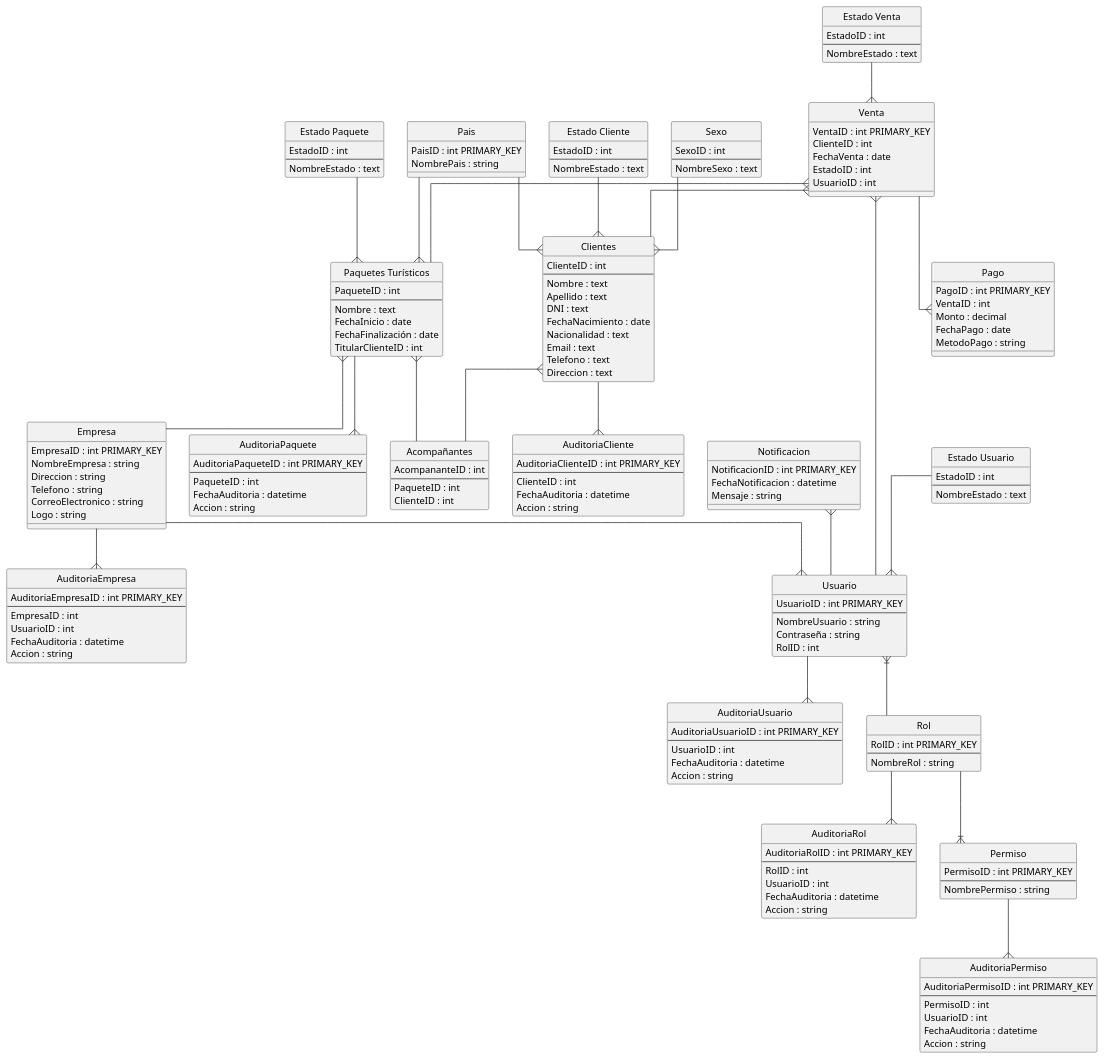
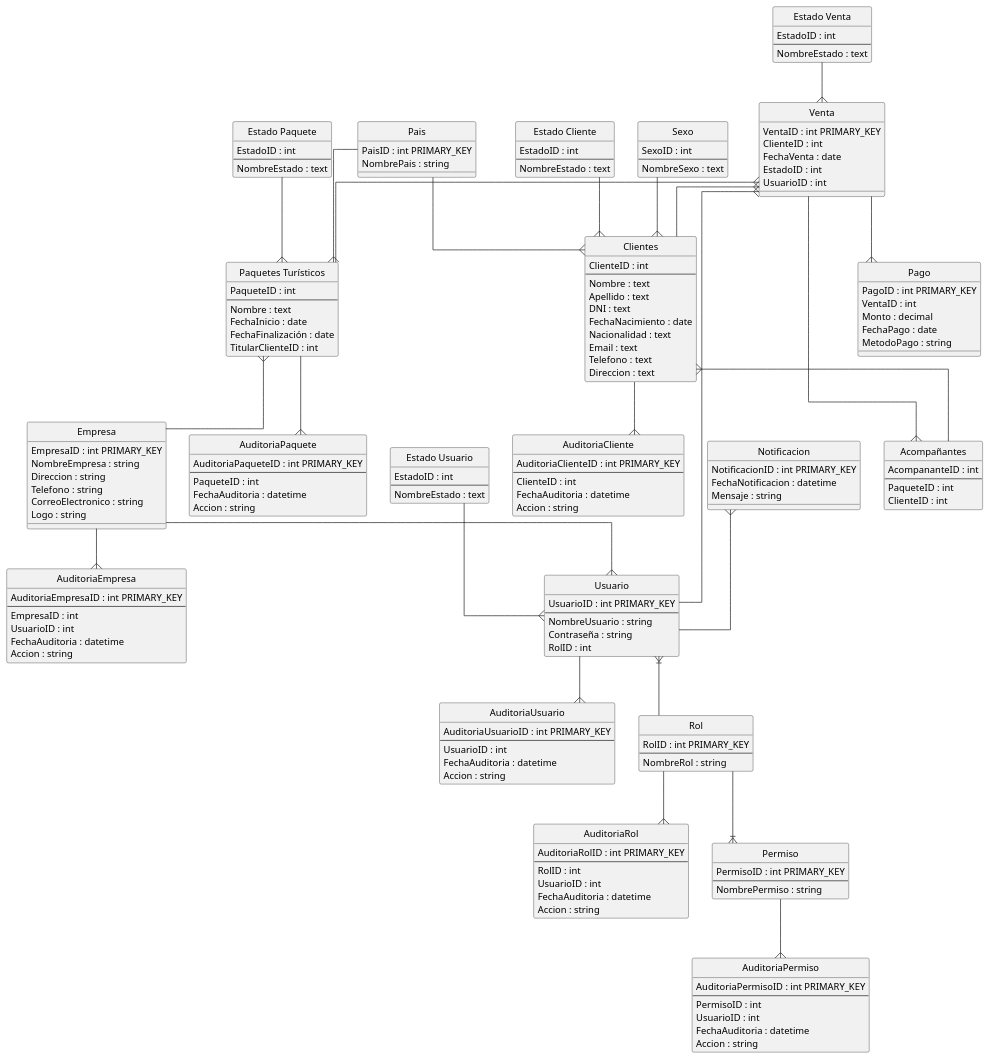
The diagram in MODELO_DATOS_2.wsd (guille1093/PFS), drawn with PlantUML before and after one commit. The commit also changed 1 other file, not shown here.

```diff
--- a/MODELO_DATOS_2.wsd
+++ b/MODELO_DATOS_2.wsd
@@ -191,12 +191,11 @@
 Rol --{ AuditoriaRol
 Permiso --{ AuditoriaPermiso
 Empresa --{ AuditoriaEmpresa
-PaquetesTuristicos }-- Acompanantes
+Venta --{ Acompanantes
 Clientes }-- Acompanantes
 Usuario }|-- Rol
 Rol --|{ Permiso
 Empresa --{ Usuario
 Notificacion }-- Usuario
 
-
 @enduml
```
